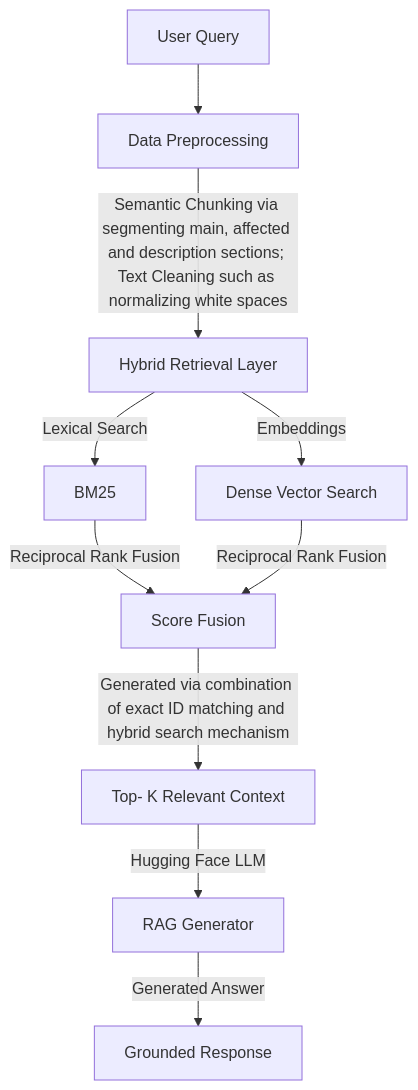
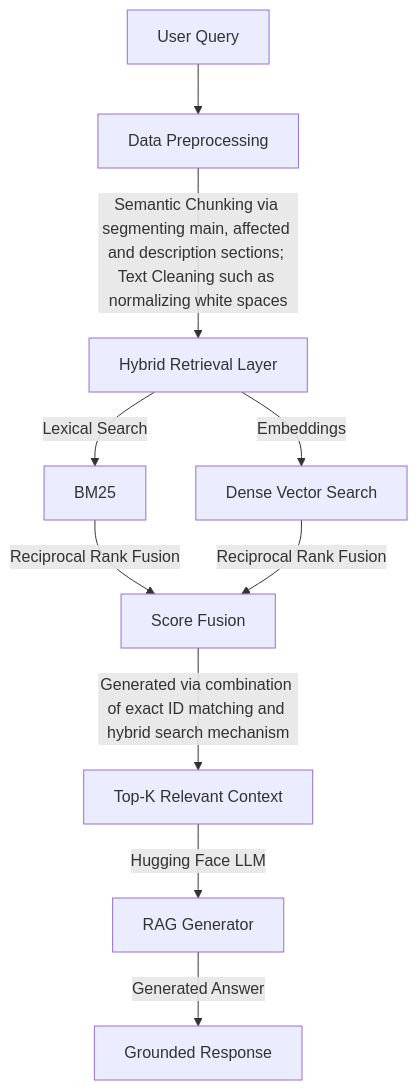
One commit to Akarsh1/Cybersecurity-Incident-Response-Assistant-Chatbot changed the diagram in README.md. Above: the diagram before and after it, drawn with Mermaid.

````diff
--- a/README.md
+++ b/README.md
@@ -9,12 +9,12 @@
 ```mermaid
 flowchart TD;
     A[User Query] --> B[Data Preprocessing]
     B --> |Semantic Chunking via segmenting main, affected and description sections; Text Cleaning such as normalizing white spaces| C[Hybrid Retrieval Layer]
     C --> |Lexical Search| D[BM25]
     C -->|Embeddings| E[Dense Vector Search]
     D-->|Reciprocal Rank Fusion| F[Score Fusion]
     E-->|Reciprocal Rank Fusion| F[Score Fusion]
-    F-->|Generated via combination of exact ID matching and hybrid search mechanism| G[Top- K Relevant Context]
+    F-->|Generated via combination of exact ID matching and hybrid search mechanism| G[Top-K Relevant Context]
     G-->|Hugging Face LLM| H[RAG Generator]
     H-->|Generated Answer| I[Grounded Response]
 ```
````
